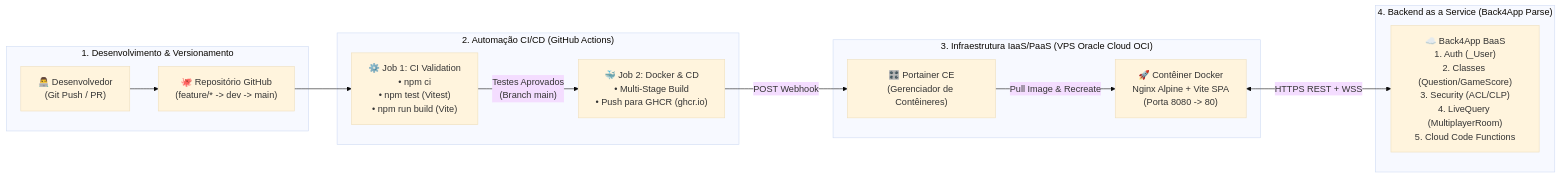
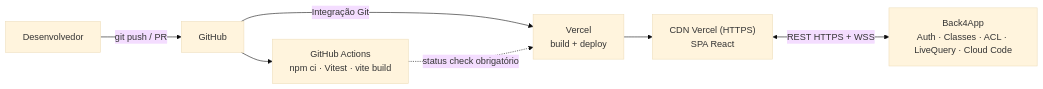
Before and after one commit to gabriellousada/cloudquiz-arena: the first of 2 diagrams in docs/ENTREGA_1_E_2_COMPLETO.md, drawn with Mermaid (base theme). The commit also changed other lines of this file and 13 other files, not shown here.

Commit message:
refactor: migrate hosting to Vercel and use Back4App as the only backend

````diff
--- a/docs/ENTREGA_1_E_2_COMPLETO.md
+++ b/docs/ENTREGA_1_E_2_COMPLETO.md
@@ -81,20 +72,9 @@
 ```mermaid
 flowchart LR
-    subgraph DEV["1. Desenvolvimento & Versionamento"]
-        A["👨‍💻 Desenvolvedor\n(Git Push / PR)"] --> B["🐙 Repositório GitHub\n(feature/* -> dev -> main)"]
-    end
-
-    subgraph CICD["2. Automação CI/CD (GitHub Actions)"]
-        B --> C["⚙️ Job 1: CI Validation\n• npm ci\n• npm test (Vitest)\n• npm run build (Vite)"]
-        C -->|"Testes Aprovados\n(Branch main)"| D["🐳 Job 2: Docker & CD\n• Multi-Stage Build\n• Push para GHCR (ghcr.io)"]
-    end
-
-    subgraph OCI["3. Infraestrutura IaaS/PaaS (VPS Oracle Cloud OCI)"]
-        D -->|"POST Webhook"| E["🎛️ Portainer CE\n(Gerenciador de Contêineres)"]
-        E -->|"Pull Image & Recreate"| F["🚀 Contêiner Docker\nNginx Alpine + Vite SPA\n(Porta 8080 -> 80)"]
-    end
-
-    subgraph BAAS["4. Backend as a Service (Back4App Parse)"]
-        F <-->|"HTTPS REST + WSS"| G["☁️ Back4App BaaS\n1. Auth (_User)\n2. Classes (Question/GameScore)\n3. Security (ACL/CLP)\n4. LiveQuery (MultiplayerRoom)\n5. Cloud Code Functions"]
-    end
+    A["Desenvolvedor"] -->|"git push / PR"| B["GitHub"]
+    B --> C["GitHub Actions<br/>npm ci · Vitest · vite build"]
+    B -->|"Integração Git"| D["Vercel<br/>build + deploy"]
+    C -.->|"status check obrigatório"| D
+    D --> E["CDN Vercel (HTTPS)<br/>SPA React"]
+    E <-->|"REST HTTPS + WSS"| F["Back4App<br/>Auth · Classes · ACL · LiveQuery · Cloud Code"]
 ```
````
